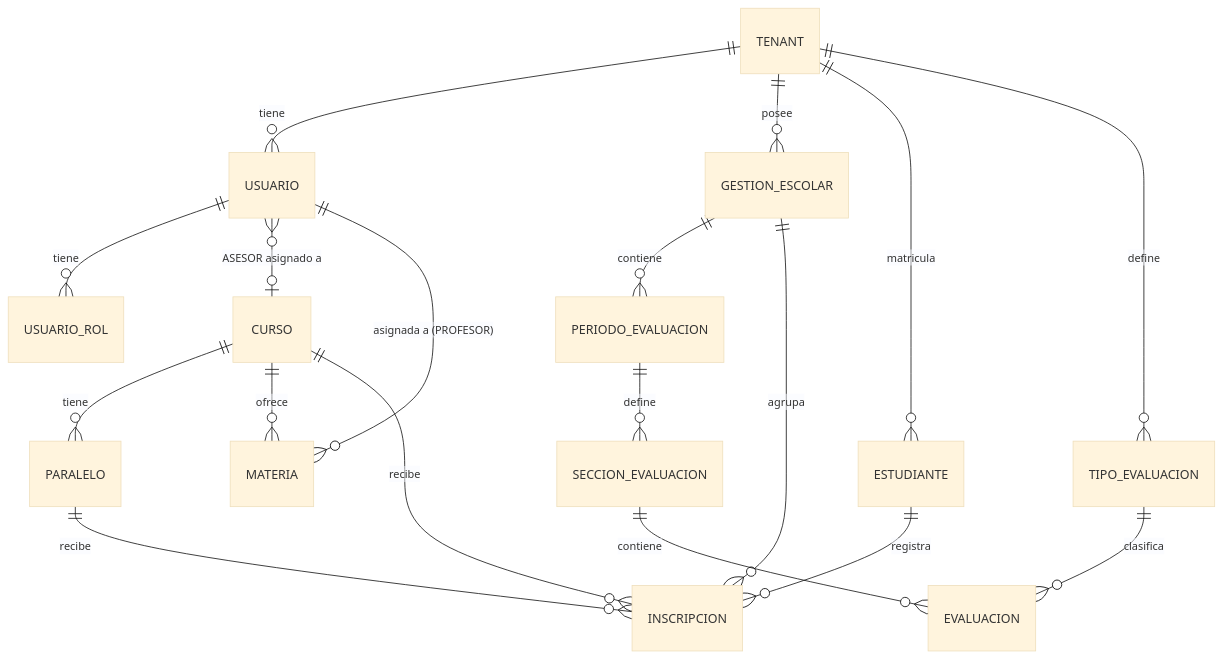
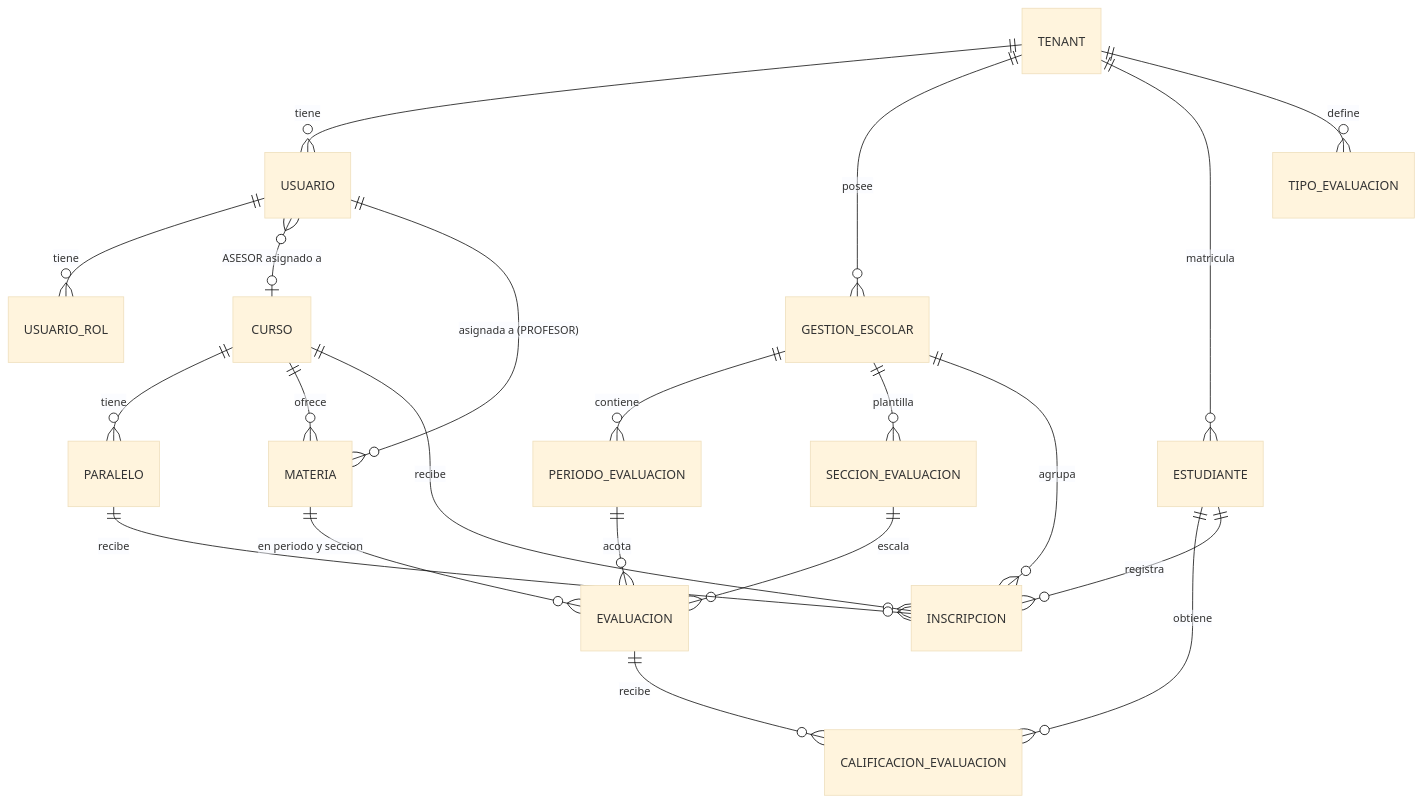
One commit to aspeti/edusync_m4 changed the second of 2 diagrams in docs/product/FSD.md. Above: the diagram before and after it, drawn with Mermaid (base theme). The commit also changed other lines of this file and 7 other files, not shown here.

````diff
--- a/docs/product/FSD.md
+++ b/docs/product/FSD.md
@@ -944,27 +973,29 @@
 ```mermaid
 erDiagram
     TENANT ||--o{ USUARIO : tiene
     TENANT ||--o{ GESTION_ESCOLAR : posee
     TENANT ||--o{ ESTUDIANTE : matricula
     TENANT ||--o{ TIPO_EVALUACION : define
 
     USUARIO ||--o{ USUARIO_ROL : tiene
 
     GESTION_ESCOLAR ||--o{ PERIODO_EVALUACION : contiene
+    GESTION_ESCOLAR ||--o{ SECCION_EVALUACION : "plantilla"
     GESTION_ESCOLAR ||--o{ INSCRIPCION : agrupa
 
-    PERIODO_EVALUACION ||--o{ SECCION_EVALUACION : define
-
-    SECCION_EVALUACION ||--o{ EVALUACION : contiene
-    TIPO_EVALUACION ||--o{ EVALUACION : clasifica
+    MATERIA ||--o{ EVALUACION : "en periodo y seccion"
+    PERIODO_EVALUACION ||--o{ EVALUACION : acota
+    SECCION_EVALUACION ||--o{ EVALUACION : escala
+    ESTUDIANTE ||--o{ CALIFICACION_EVALUACION : obtiene
+    EVALUACION ||--o{ CALIFICACION_EVALUACION : recibe
 
     CURSO ||--o{ PARALELO : tiene
     CURSO ||--o{ MATERIA : ofrece
     MATERIA }o--|| USUARIO : "asignada a (PROFESOR)"
 
     ESTUDIANTE ||--o{ INSCRIPCION : registra
     CURSO ||--o{ INSCRIPCION : recibe
     PARALELO ||--o{ INSCRIPCION : recibe
 
     USUARIO }o--o| CURSO : "ASESOR asignado a"
 ```
````
